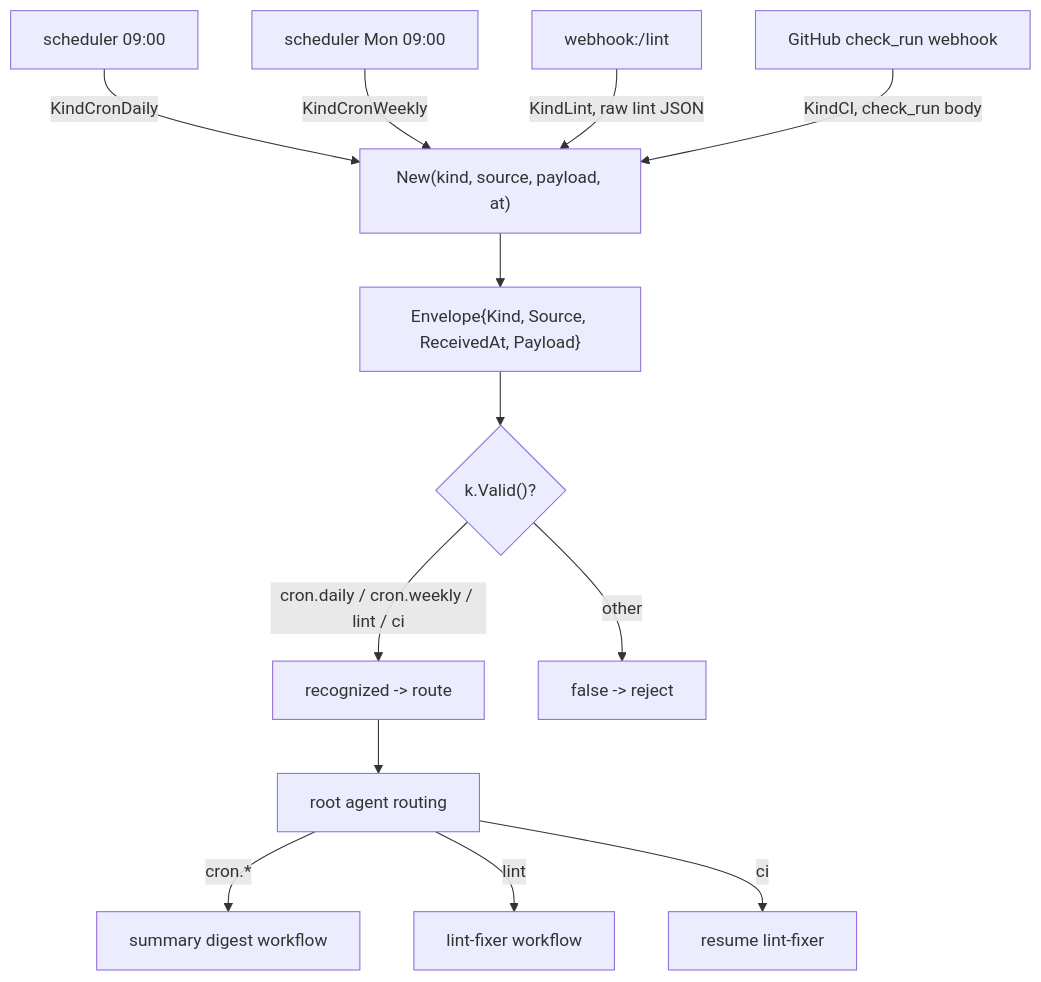
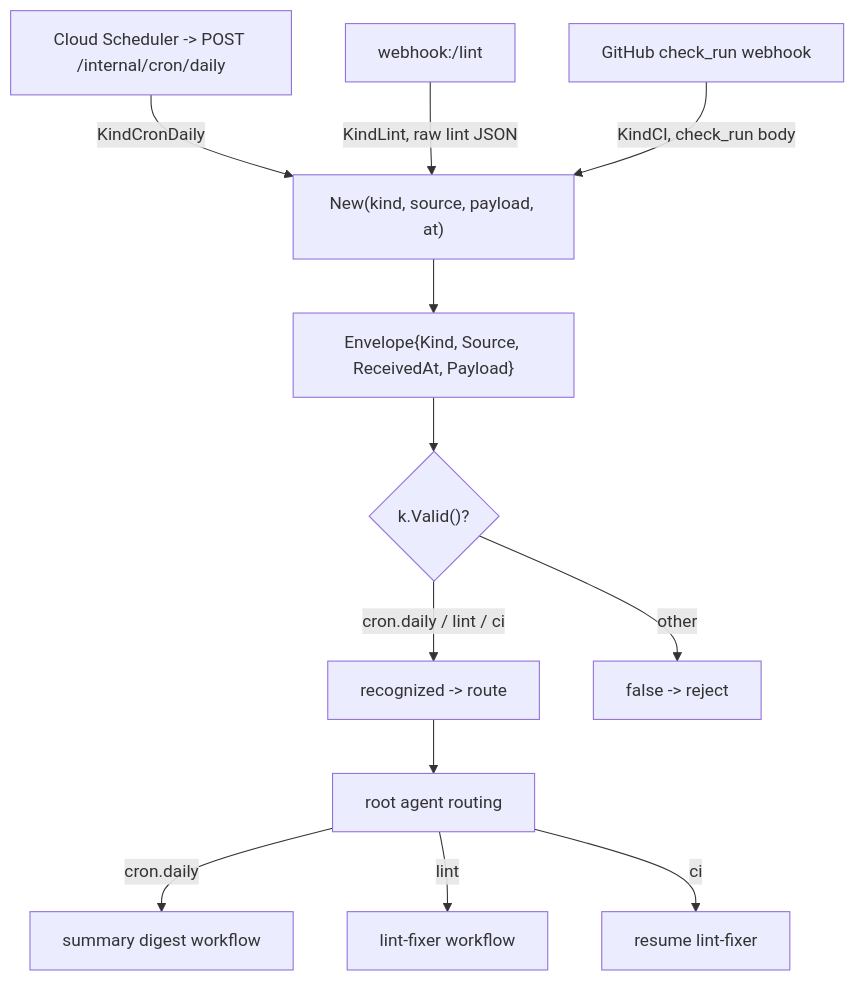
Before and after one commit to jkjamies/automation-agent: the diagram in go/internal/ingest/AGENTS.md, drawn with Mermaid. The commit also changed other lines of this file and 98 other files, not shown here.

````diff
--- a/go/internal/ingest/AGENTS.md
+++ b/go/internal/ingest/AGENTS.md
@@ -9,15 +9,14 @@
 ```mermaid
 flowchart TD
-    S1[scheduler 09:00] -->|KindCronDaily| N
-    S2[scheduler Mon 09:00] -->|KindCronWeekly| N
+    S1["Cloud Scheduler -> POST /internal/cron/daily"] -->|KindCronDaily| N
     W1["webhook:/lint"] -->|KindLint, raw lint JSON| N
     W2[GitHub check_run webhook] -->|KindCI, check_run body| N
     N["New(kind, source, payload, at)"] --> E["Envelope{Kind, Source, ReceivedAt, Payload}"]
     E --> V{"k.Valid()?"}
-    V -->|"cron.daily / cron.weekly / lint / ci"| OK[recognized -> route]
+    V -->|"cron.daily / lint / ci"| OK[recognized -> route]
     V -->|other| BAD[false -> reject]
     OK --> R[root agent routing]
-    R -->|cron.*| D1[summary digest workflow]
+    R -->|cron.daily| D1[summary digest workflow]
     R -->|lint| D2[lint-fixer workflow]
     R -->|ci| D3[resume lint-fixer]
 ```
````
